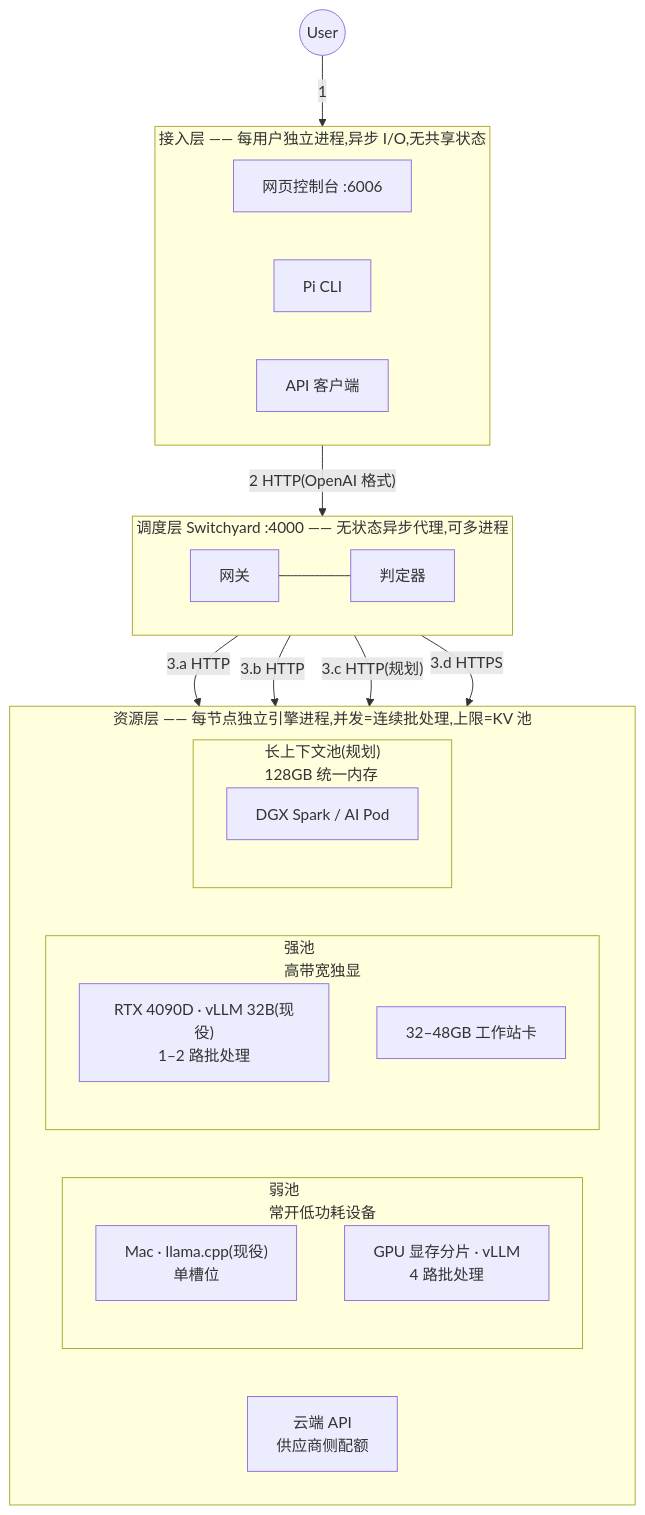
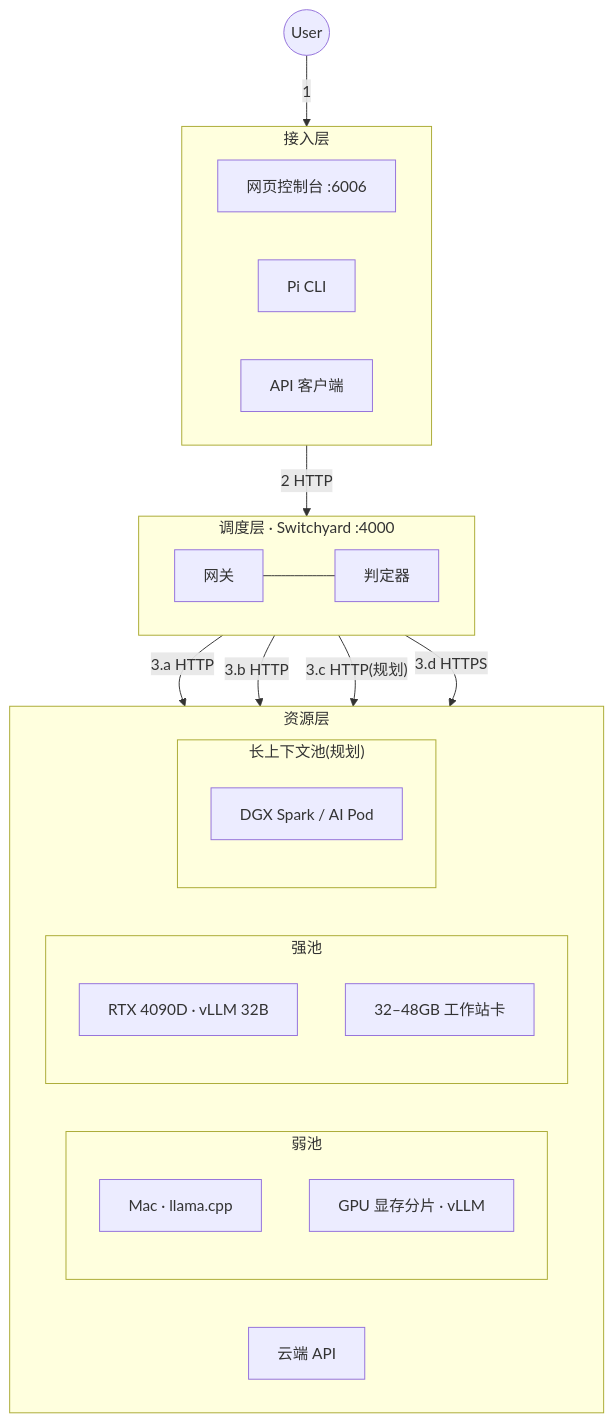
The first of 2 diagrams in docs/design.md (murphyren225/local_infer), drawn with Mermaid before and after one commit. The commit also changed other lines of this file, not shown here.

````diff
--- a/docs/design.md
+++ b/docs/design.md
@@ -38,36 +34,36 @@
 ```mermaid
 flowchart TD
     U(("User")) -- "1" --> ACCESS
-    subgraph ACCESS["接入层 —— 每用户独立进程,异步 I/O,无共享状态"]
+    subgraph ACCESS["接入层"]
         direction LR
         W1["网页控制台 :6006"]
         W2["Pi CLI"]
         W3["API 客户端"]
     end
-    ACCESS -- "2  HTTP(OpenAI 格式)" --> G
-    subgraph G["调度层 Switchyard :4000 —— 无状态异步代理,可多进程"]
+    ACCESS -- "2  HTTP" --> G
+    subgraph G["调度层 · Switchyard :4000"]
         direction LR
         GW["网关"]
         JD["判定器"]
         GW --- JD
     end
     G -- "3.a  HTTP" --> WPOOL
     G -- "3.b  HTTP" --> SPOOL
     G -- "3.c  HTTP(规划)" --> LPOOL
     G -- "3.d  HTTPS" --> CL
-    subgraph BOTTOM["资源层 —— 每节点独立引擎进程,并发=连续批处理,上限=KV 池"]
+    subgraph BOTTOM["资源层"]
         direction LR
-        subgraph WPOOL["弱池<br/>常开低功耗设备"]
-            WH1["Mac · llama.cpp(现役)<br/>单槽位"]
-            WH2["GPU 显存分片 · vLLM<br/>4 路批处理"]
+        subgraph WPOOL["弱池"]
+            WH1["Mac · llama.cpp"]
+            WH2["GPU 显存分片 · vLLM"]
         end
-        subgraph SPOOL["强池<br/>高带宽独显"]
-            SH1["RTX 4090D · vLLM 32B(现役)<br/>1–2 路批处理"]
+        subgraph SPOOL["强池"]
+            SH1["RTX 4090D · vLLM 32B"]
             SH2["32–48GB 工作站卡"]
         end
-        subgraph LPOOL["长上下文池(规划)<br/>128GB 统一内存"]
+        subgraph LPOOL["长上下文池(规划)"]
             LH1["DGX Spark / AI Pod"]
         end
-        CL["云端 API<br/>供应商侧配额"]
+        CL["云端 API"]
     end
 ```
````
